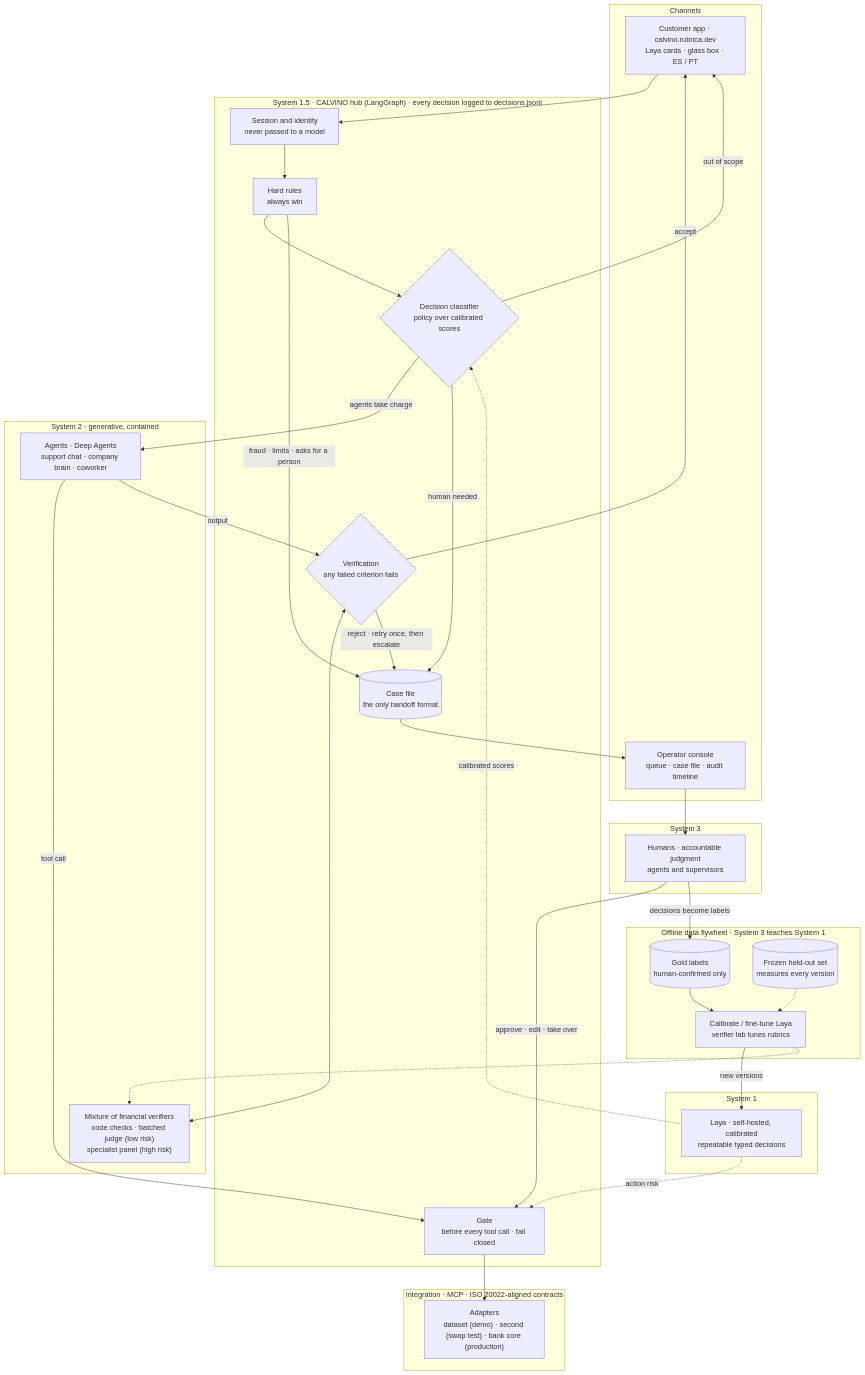
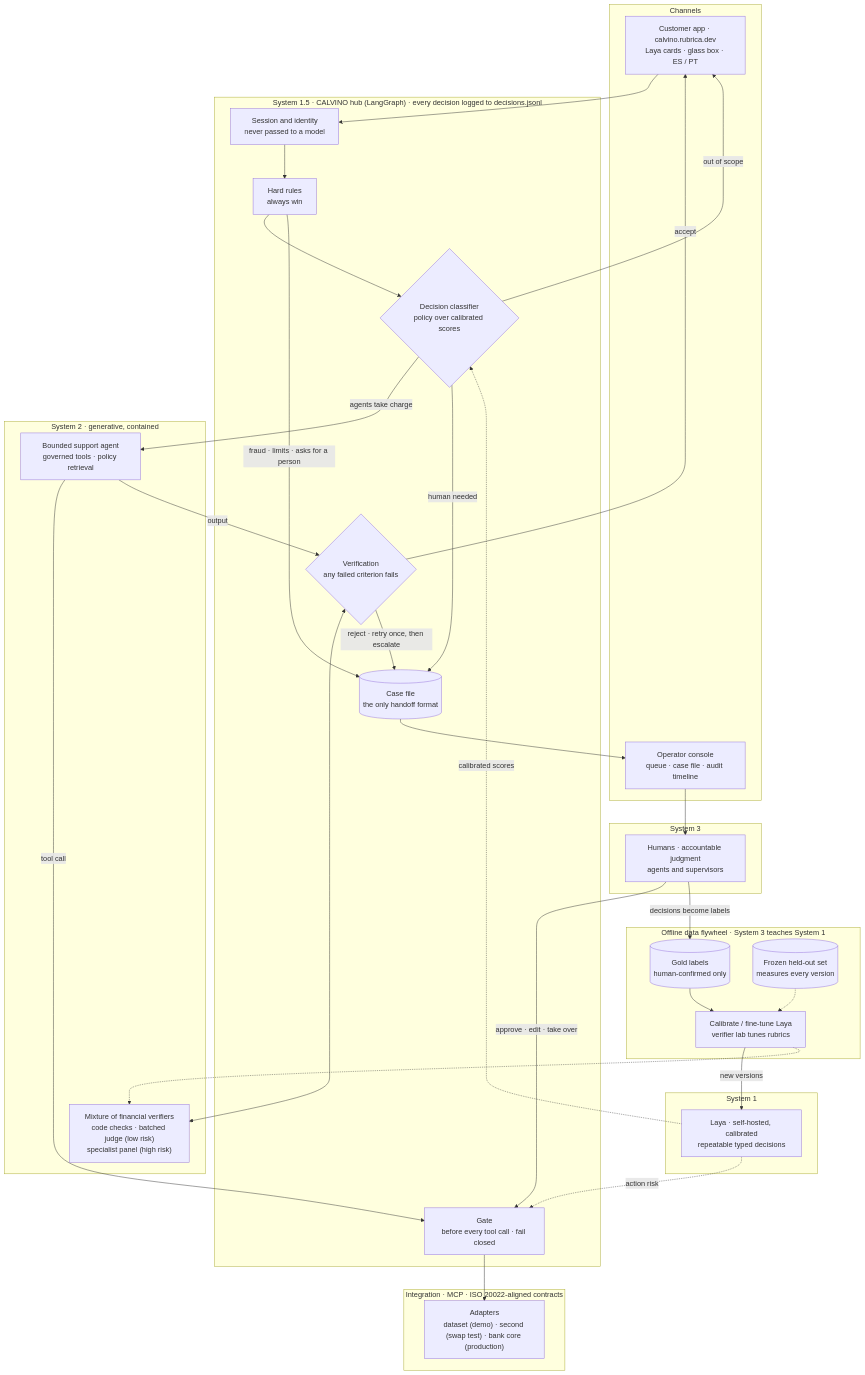
Before and after one commit to moebious/factored-hackathon-2026-calvino: the first of 2 diagrams in docs/DESIGN.md, drawn with Mermaid. The commit also changed other lines of this file and 2 other files, not shown here.

First line of the commit message:
docs(decisions): align roadmap with thesis experiments

````diff
--- a/docs/DESIGN.md
+++ b/docs/DESIGN.md
@@ -90,59 +92,59 @@
 ```mermaid
 flowchart TB
     subgraph CH["Channels"]
         CA["Customer app · calvino.rubrica.dev<br/>Laya cards · glass box · ES / PT"]
         OC["Operator console<br/>queue · case file · audit timeline"]
     end
 
     subgraph S15["System 1.5 · CALVINO hub (LangGraph) · every decision logged to decisions.jsonl"]
         ID["Session and identity<br/>never passed to a model"]
         HR["Hard rules<br/>always win"]
         DC{"Decision classifier<br/>policy over calibrated scores"}
         GATE["Gate<br/>before every tool call · fail closed"]
         VER{"Verification<br/>any failed criterion fails"}
         CASE[("Case file<br/>the only handoff format")]
     end
 
     subgraph S1["System 1"]
         LAYA["Laya · self-hosted, calibrated<br/>repeatable typed decisions"]
     end
 
     subgraph S2["System 2 · generative, contained"]
-        AG["Agents · Deep Agents<br/>support chat · company brain · coworker"]
+        AG["Bounded support agent<br/>governed tools · policy retrieval"]
         MV["Mixture of financial verifiers<br/>code checks · batched judge (low risk)<br/>specialist panel (high risk)"]
     end
 
     subgraph S3["System 3"]
         HA["Humans · accountable judgment<br/>agents and supervisors"]
     end
 
     subgraph INT["Integration · MCP · ISO 20022-aligned contracts"]
         AD["Adapters<br/>dataset (demo) · second (swap test) · bank core (production)"]
     end
 
     subgraph FLY["Offline data flywheel · System 3 teaches System 1"]
         GOLD[("Gold labels<br/>human-confirmed only")]
         TUNE["Calibrate / fine-tune Laya<br/>verifier lab tunes rubrics"]
         FROZEN[("Frozen held-out set<br/>measures every version")]
     end
 
     CA --> ID --> HR --> DC
     LAYA -. "calibrated scores" .-> DC
     LAYA -. "action risk" .-> GATE
     DC -- "agents take charge" --> AG
     DC -- "out of scope" --> CA
     HR -- "fraud · limits · asks for a person" --> CASE
     DC -- "human needed" --> CASE
     AG -- "tool call" --> GATE --> AD
     AG -- "output" --> VER
     VER <--> MV
     VER -- "accept" --> CA
     VER -- "reject · retry once, then escalate" --> CASE
     CASE --> OC --> HA
     HA -- "approve · edit · take over" --> GATE
     HA -- "decisions become labels" --> GOLD
     GOLD --> TUNE
     FROZEN -.-> TUNE
     TUNE -- "new versions" --> LAYA
     TUNE -.-> MV
 ```
````
